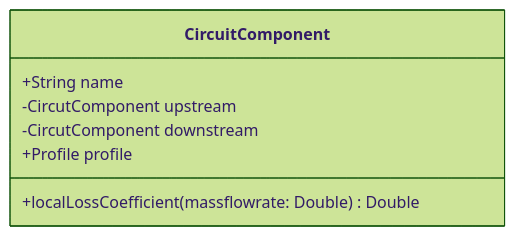
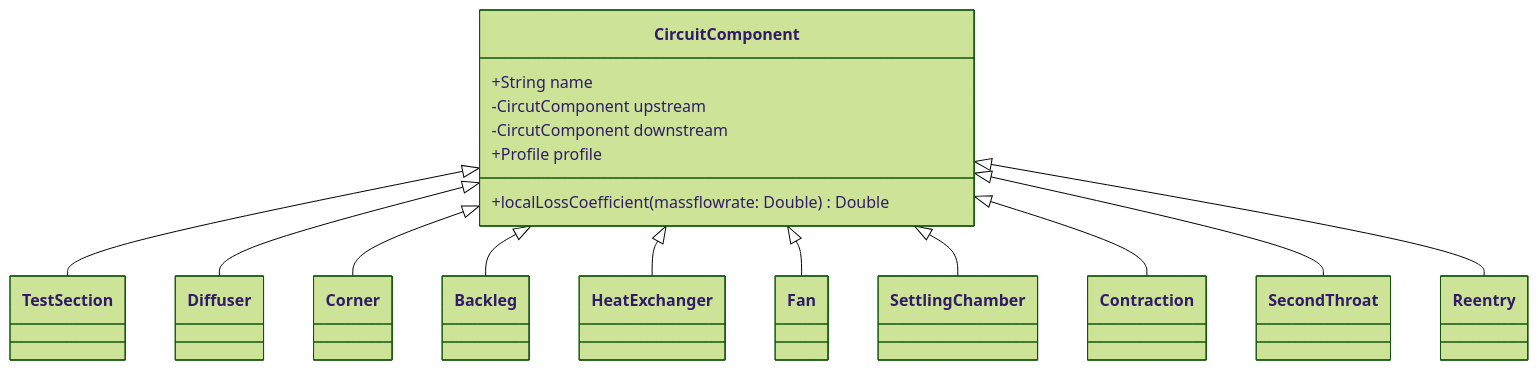
Before and after one commit to qchen-fdii-cardc/wtd-dsl: the fifth of 8 diagrams in Readme.md, drawn with Mermaid (forest theme). The commit also changed other lines of this file, not shown here.

Commit message:
Update design of DSL, design entity hierachy (continued)

````diff
--- a/Readme.md
+++ b/Readme.md
@@ -245,10 +244,20 @@
 ```mermaid
 classDiagram
 class CircuitComponent{
     +String name
     -CircutComponent upstream
     -CircutComponent downstream
     +Profile profile
     +localLossCoefficient(massflowrate: Double) Double
 }
+CircuitComponent <|-- TestSection
+CircuitComponent <|-- Diffuser
+CircuitComponent <|-- Corner
+CircuitComponent <|-- Backleg
+CircuitComponent <|-- HeatExchanger
+CircuitComponent <|-- Fan
+CircuitComponent <|-- SettlingChamber
+CircuitComponent <|-- Contraction
+CircuitComponent <|-- SecondThroat
+CircuitComponent <|-- Reentry
 ```
````
